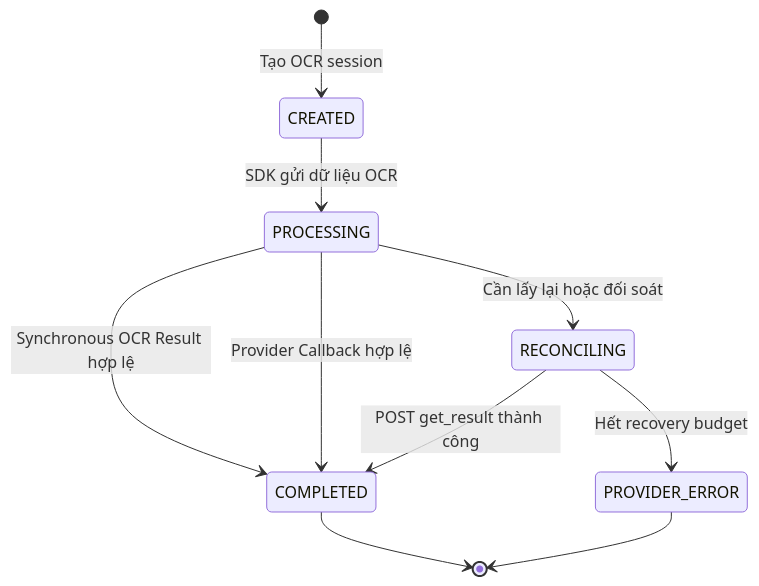
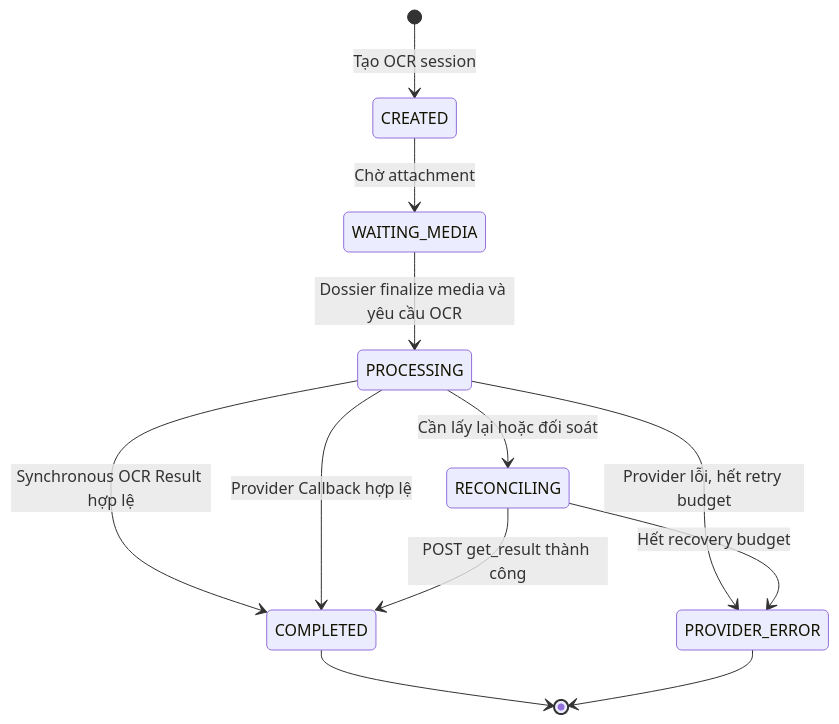
Before and after one commit to huynv-xyz/vhm: the fourth of 10 diagrams in noxh.md, drawn with Mermaid. The commit also changed other lines of this file, not shown here.

````diff
--- a/noxh.md
+++ b/noxh.md
@@ -301,12 +304,14 @@
 ```mermaid
 stateDiagram-v2
     [*] --> CREATED: Tạo OCR session
-    CREATED --> PROCESSING: SDK gửi dữ liệu OCR
+    CREATED --> WAITING_MEDIA: Chờ attachment
+    WAITING_MEDIA --> PROCESSING: Dossier finalize media và yêu cầu OCR
     PROCESSING --> COMPLETED: Synchronous OCR Result hợp lệ
     PROCESSING --> COMPLETED: Provider Callback hợp lệ
+    PROCESSING --> PROVIDER_ERROR: Provider lỗi, hết retry budget
     PROCESSING --> RECONCILING: Cần lấy lại hoặc đối soát
     RECONCILING --> COMPLETED: POST get_result thành công
     RECONCILING --> PROVIDER_ERROR: Hết recovery budget
     COMPLETED --> [*]
     PROVIDER_ERROR --> [*]
 ```
````
